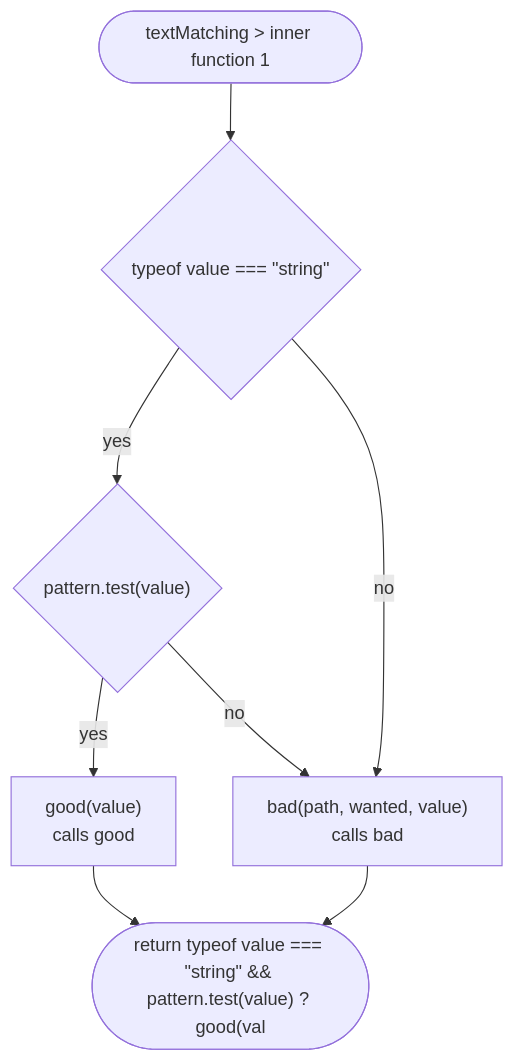
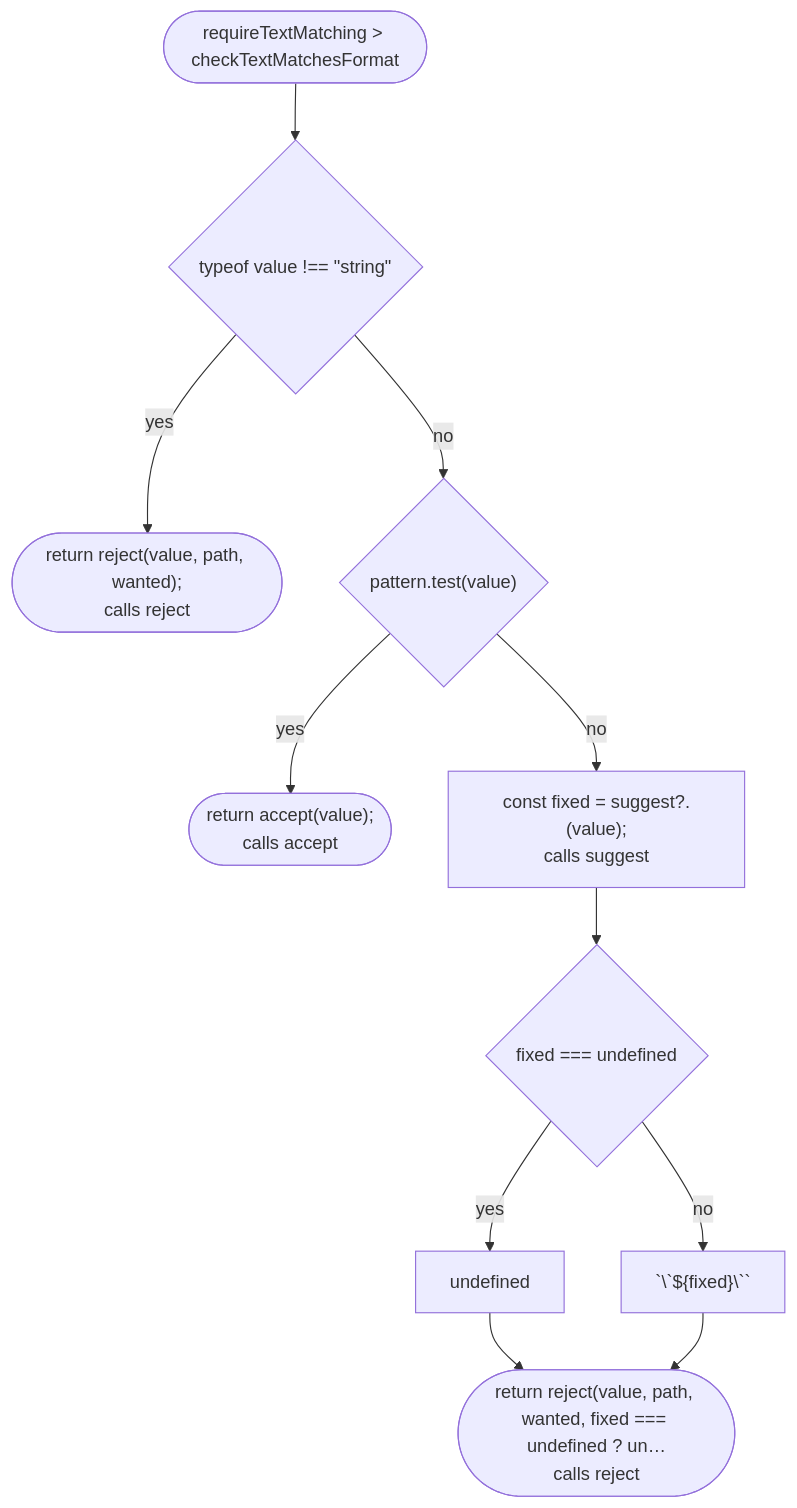
Before and after one commit to NewDara-Star/world-engine: the tenth of 38 diagrams in docs/flows/src/place/parse.md, drawn with Mermaid. The commit also changed other lines of this file and 18 other files, not shown here.

````diff
--- a/docs/flows/src/place/parse.md
+++ b/docs/flows/src/place/parse.md
@@ -85,16 +141,23 @@
 ```mermaid
 flowchart TD
-  n1(["textMatching #gt; inner function 1"])
-  n2{"typeof value === #quot;string#quot;"}
-  n3{"pattern.test(value)"}
-  n4["good(value)<br/>calls good"]
-  n5["bad(path, wanted, value)<br/>calls bad"]
-  n6(["return typeof value === #quot;string#quot; && pattern.test(value) ? good(val"])
+  n1(["requireTextMatching #gt; checkTextMatchesFormat"])
+  n2{"typeof value !== #quot;string#quot;"}
+  n3(["return reject(value, path, wanted);<br/>calls reject"])
+  n4{"pattern.test(value)"}
+  n5(["return accept(value);<br/>calls accept"])
+  n6["const fixed = suggest?.(value);<br/>calls suggest"]
+  n7{"fixed === undefined"}
+  n8["undefined"]
+  n9["#96;\#96;${fixed}\#96;#96;"]
+  n10(["return reject(value, path, wanted, fixed === undefined ? un…<br/>calls reject"])
   n1 --> n2
   n2 -->|"yes"| n3
-  n3 -->|"yes"| n4
-  n2 -->|"no"| n5
-  n3 -->|"no"| n5
-  n4 --> n6
-  n5 --> n6
+  n2 -->|"no"| n4
+  n4 -->|"yes"| n5
+  n4 -->|"no"| n6
+  n6 --> n7
+  n7 -->|"yes"| n8
+  n7 -->|"no"| n9
+  n8 --> n10
+  n9 --> n10
 ```
````
